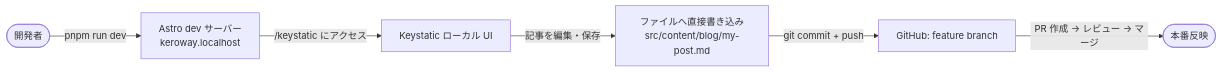
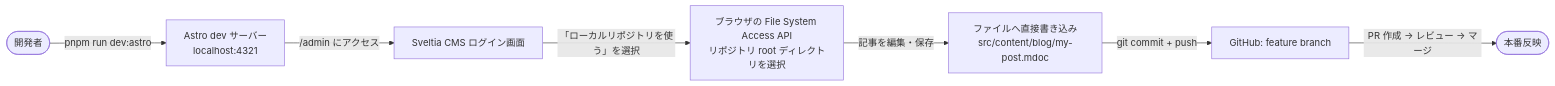
One commit to keroway/astro-blog changed the second of 2 diagrams in docs/cms-flow.md. Above: the diagram before and after it, drawn with Mermaid. The commit also changed other lines of this file and 16 other files, not shown here.

Commit message:
CMS を Keystatic から Sveltia CMS へ移行 (ADR 0016)

````diff
--- a/docs/cms-flow.md
+++ b/docs/cms-flow.md
@@ -48,8 +44,9 @@
 ```mermaid
 flowchart LR
-    A([開発者]) -->|pnpm run dev| B[Astro dev サーバー\nkeroway.localhost]
-    B -->|/keystatic にアクセス| C[Keystatic ローカル UI]
-    C -->|記事を編集・保存| D[ファイルへ直接書き込み\nsrc/content/blog/my-post.md]
-    D -->|git commit + push| E[GitHub: feature branch]
-    E -->|PR 作成 → レビュー → マージ| F([本番反映])
+    A([開発者]) -->|pnpm run dev:astro| B[Astro dev サーバー\nlocalhost:4321]
+    B -->|/admin にアクセス| C[Sveltia CMS ログイン画面]
+    C -->|「ローカルリポジトリを使う」を選択| D[ブラウザの File System Access API\nリポジトリ root ディレクトリを選択]
+    D -->|記事を編集・保存| E[ファイルへ直接書き込み\nsrc/content/blog/my-post.mdoc]
+    E -->|git commit + push| F[GitHub: feature branch]
+    F -->|PR 作成 → レビュー → マージ| G([本番反映])
 ```
````
